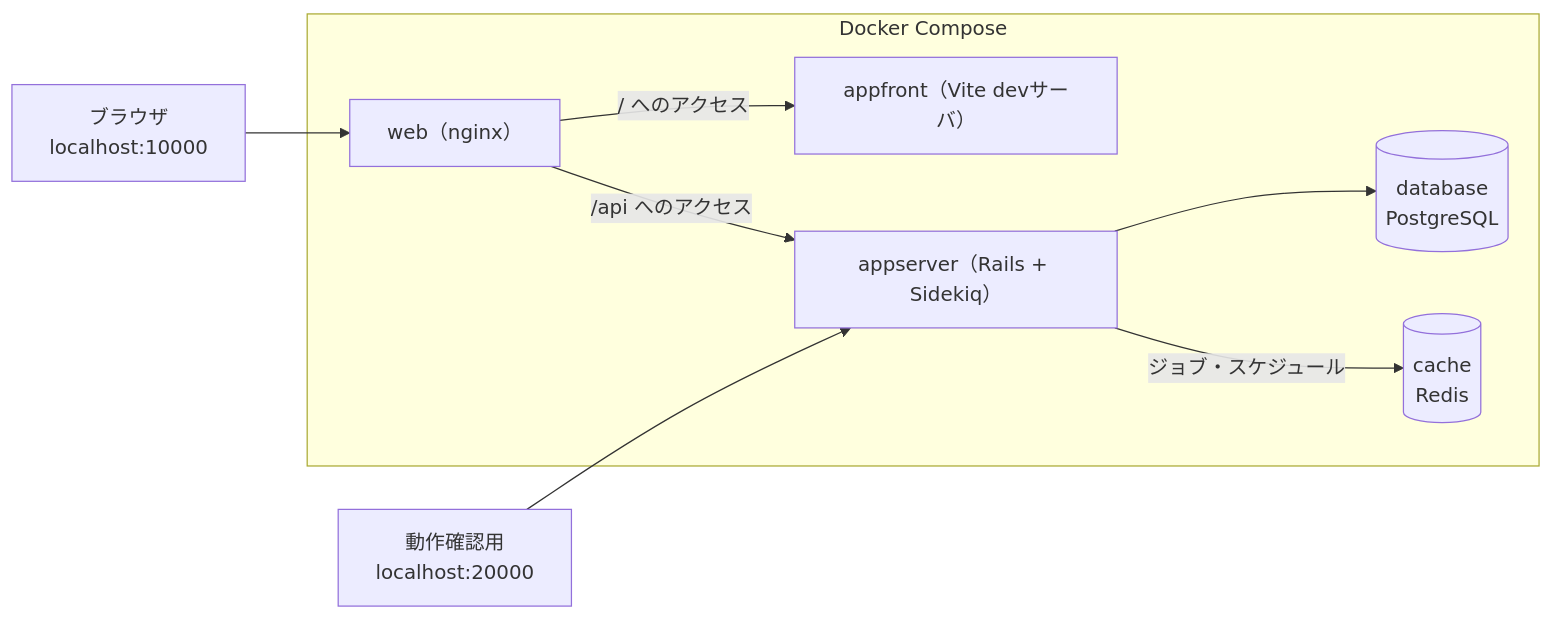
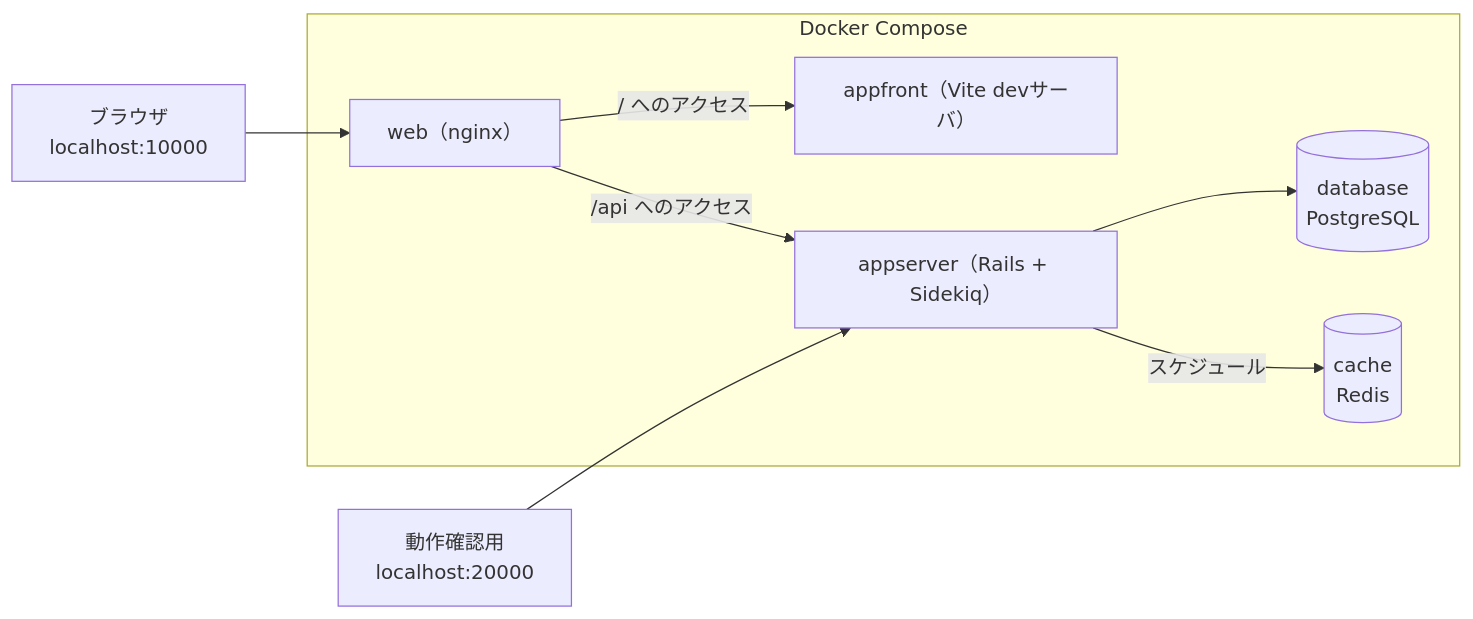
Before and after one commit to shin4488/financial-statement: the first of 3 diagrams in docs/guide/04_system.md, drawn with Mermaid. The commit also changed other lines of this file and 4 other files, not shown here.

````diff
--- a/docs/guide/04_system.md
+++ b/docs/guide/04_system.md
@@ -17,11 +17,11 @@
 ```mermaid
 flowchart LR
     Browser["ブラウザ<br>localhost:10000"] --> Web
     subgraph "Docker Compose"
         Web["web（nginx）"] -->|"/ へのアクセス"| Front["appfront（Vite devサーバ）"]
         Web -->|"/api へのアクセス"| Server["appserver（Rails + Sidekiq）"]
         Server --> Database[("database<br>PostgreSQL")]
-        Server -->|"ジョブ・スケジュール"| Cache[("cache<br>Redis")]
+        Server -->|"スケジュール"| Cache[("cache<br>Redis")]
     end
     Browser2["動作確認用<br>localhost:20000"] --> Server
 ```
````
